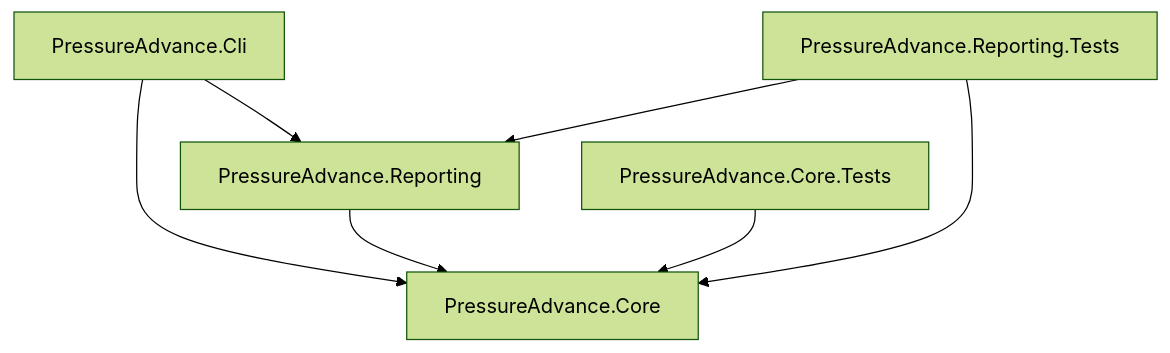
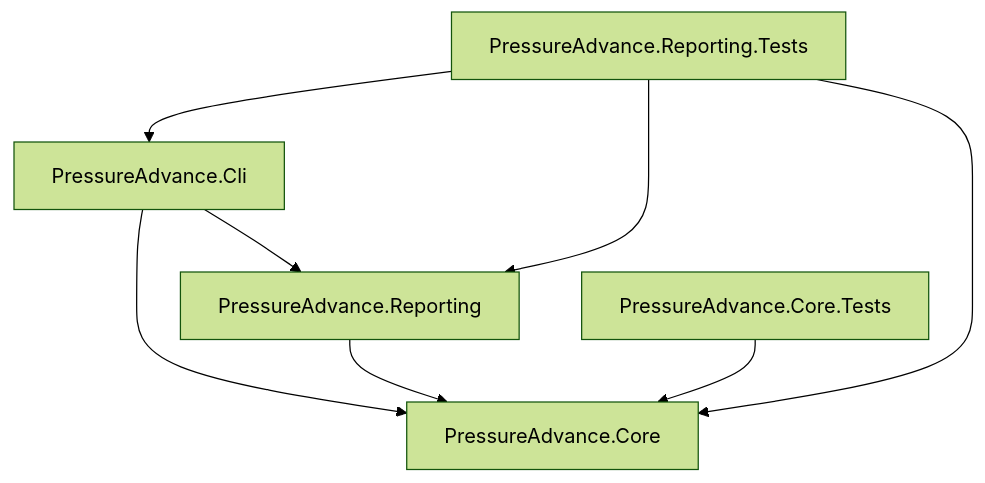
The second of 2 diagrams in docs/architecture.md (andrii2g/pressure-advance-extrusion-simulator), drawn with Mermaid (forest theme) before and after one commit. The commit also changed other lines of this file and 3 other files, not shown here.

````diff
--- a/docs/architecture.md
+++ b/docs/architecture.md
@@ -27,15 +27,16 @@
 ```mermaid
 flowchart TD
     Cli[PressureAdvance.Cli]
     Core[PressureAdvance.Core]
     Reporting[PressureAdvance.Reporting]
     CoreTests[PressureAdvance.Core.Tests]
     ReportingTests[PressureAdvance.Reporting.Tests]
 
     Cli --> Core
     Cli --> Reporting
     Reporting --> Core
     CoreTests --> Core
     ReportingTests --> Reporting
     ReportingTests --> Core
+    ReportingTests --> Cli
 ```
````
